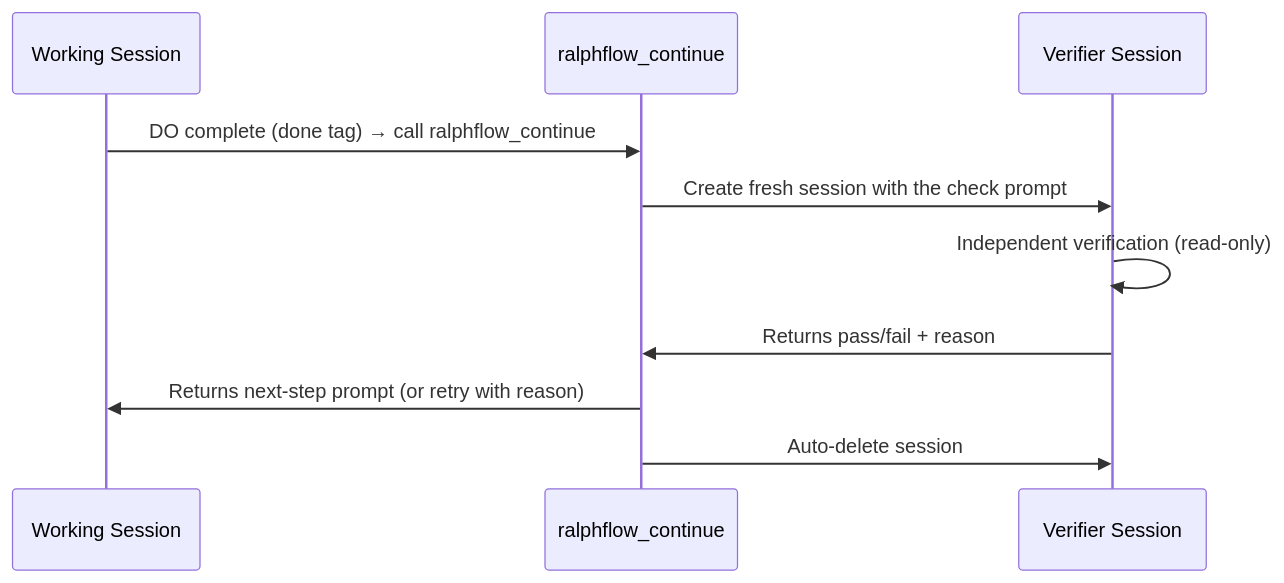
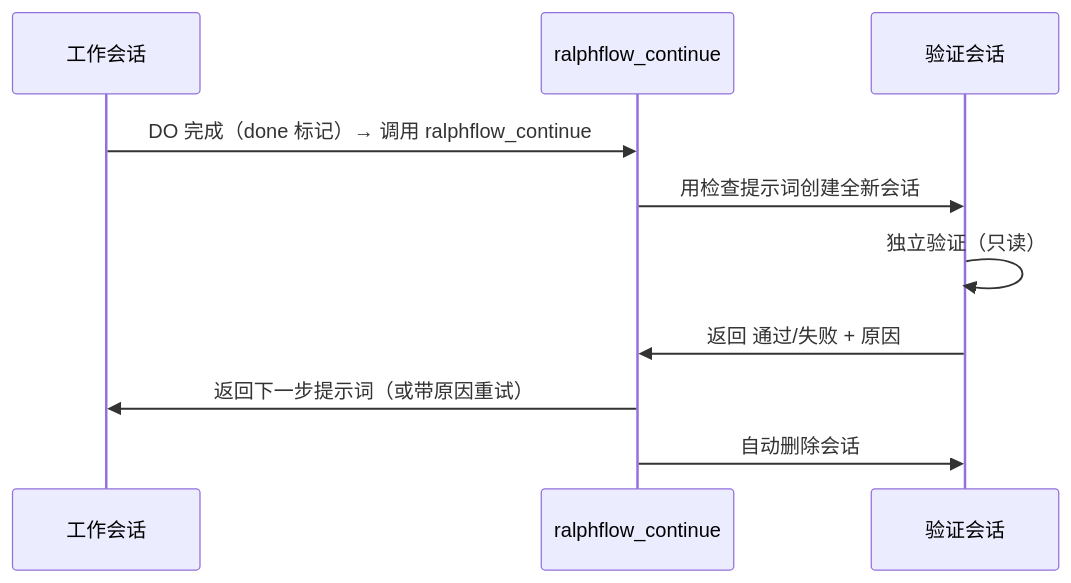
The second of 3 diagrams in docs/how-it-works.md (534529531/ralph-flow), drawn with Mermaid before and after one commit. The commit also changed other lines of this file and 20 other files, not shown here.

````diff
--- a/docs/how-it-works.md
+++ b/docs/how-it-works.md
@@ -56,13 +55,13 @@
 ```mermaid
 sequenceDiagram
-    participant Main as Working Session
+    participant Main as 工作会话
     participant Tool as ralphflow_continue
-    participant Check as Verifier Session
+    participant Check as 验证会话
 
-    Main->>Tool: DO complete (done tag) → call ralphflow_continue
-    Tool->>Check: Create fresh session with the check prompt
-    Check->>Check: Independent verification (read-only)
-    Check->>Tool: Returns pass/fail + reason
-    Tool->>Main: Returns next-step prompt (or retry with reason)
-    Tool->>Check: Auto-delete session
+    Main->>Tool: DO 完成（done 标记）→ 调用 ralphflow_continue
+    Tool->>Check: 用检查提示词创建全新会话
+    Check->>Check: 独立验证（只读）
+    Check->>Tool: 返回 通过/失败 + 原因
+    Tool->>Main: 返回下一步提示词（或带原因重试）
+    Tool->>Check: 自动删除会话
 ```
````
